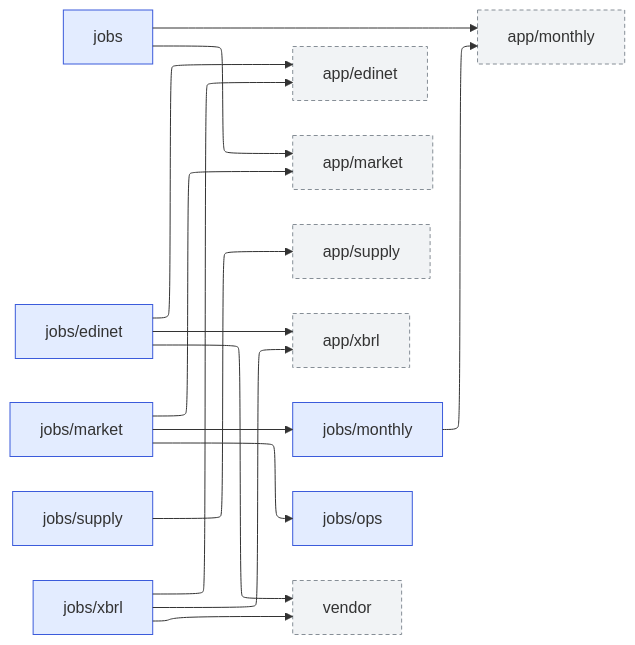
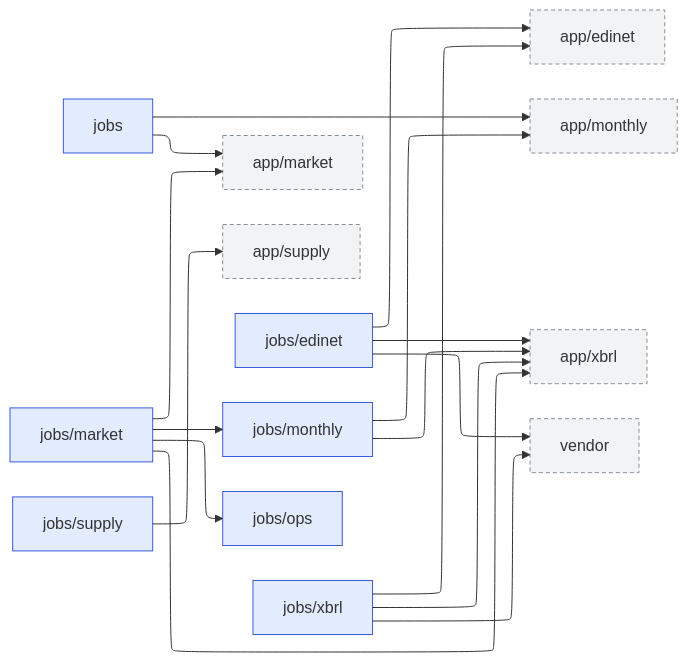
Before and after one commit to pekumirui/stock-analyzer: the second of 3 diagrams in docs/overview/modules.md, drawn with Mermaid. The commit also changed other lines of this file and 16 other files, not shown here.

````diff
--- a/docs/overview/modules.md
+++ b/docs/overview/modules.md
@@ -50,35 +50,37 @@
 ```mermaid
 ---
 config:
   layout: elk
 ---
 flowchart LR
   n0["app/edinet"]:::ext
   n1["app/market"]:::ext
   n2["app/monthly"]:::ext
   n3["app/supply"]:::ext
   n4["app/xbrl"]:::ext
   n5["jobs"]:::own
   n6["jobs/edinet"]:::own
   n7["jobs/market"]:::own
   n8["jobs/monthly"]:::own
   n9["jobs/ops"]:::own
   n10["jobs/supply"]:::own
   n11["jobs/xbrl"]:::own
   n12["vendor"]:::ext
   n5 --> n1
   n5 --> n2
   n6 --> n0
   n6 --> n4
   n6 --> n12
   n7 --> n1
+  n7 --> n4
   n7 --> n8
   n7 --> n9
   n8 --> n2
+  n8 --> n4
   n10 --> n3
   n11 --> n0
   n11 --> n4
   n11 --> n12
   classDef own fill:#e3ecff,stroke:#3b5bdb
   classDef ext fill:#f1f3f5,stroke:#868e96,stroke-dasharray:4 3
 ```
````
